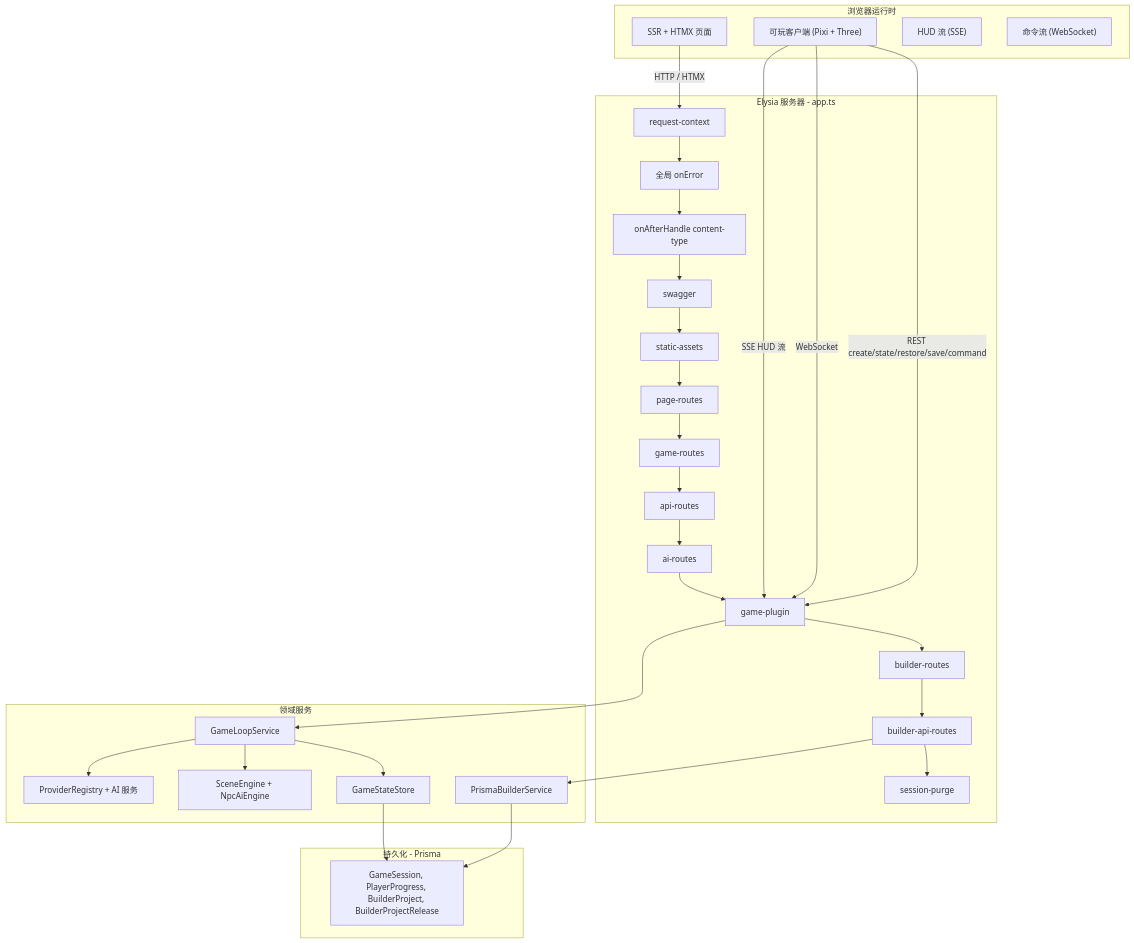
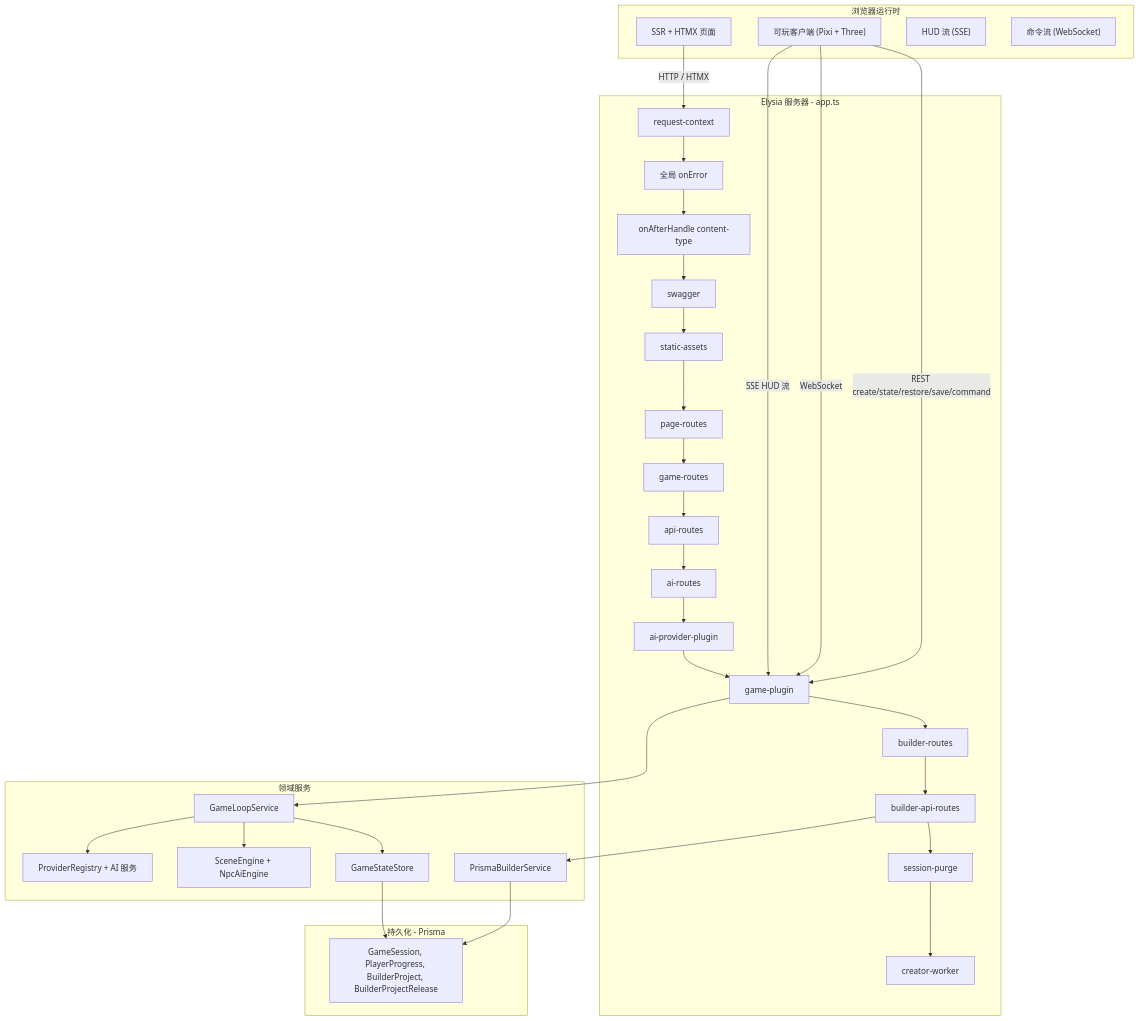
Before and after one commit to d4551/tea: the eighth of 13 diagrams in README.md, drawn with Mermaid. The commit also changed other lines of this file and 64 other files, not shown here.

Commit message:
docs: align architecture map and readme with domain-driven builder, new Prisma extension models, and lifecycle-managed polling plugins

````diff
--- a/README.md
+++ b/README.md
@@ -572,50 +664,52 @@
 ```mermaid
 graph TB
   subgraph Browser["浏览器运行时"]
     SSR["SSR + HTMX 页面"]
     CLIENT["可玩客户端 (Pixi + Three)"]
     SSEHUD["HUD 流 (SSE)"]
     WS["命令流 (WebSocket)"]
   end
 
   subgraph Elysia["Elysia 服务器 - app.ts"]
     RC["request-context"]
     EH["全局 onError"]
     CT["onAfterHandle content-type"]
     SW["swagger"]
     SA["static-assets"]
     PR["page-routes"]
     GR["game-routes"]
     AR["api-routes"]
     AIR["ai-routes"]
+    AIP["ai-provider-plugin"]
     GP["game-plugin"]
     BR["builder-routes"]
     BA["builder-api-routes"]
     SP["session-purge"]
+    CW["creator-worker"]
   end
 
   subgraph Domain["领域服务"]
     LOOP["GameLoopService"]
     STORE["GameStateStore"]
     SCENE["SceneEngine + NpcAiEngine"]
     BUILDER["PrismaBuilderService"]
     AI["ProviderRegistry + AI 服务"]
   end
 
   subgraph Storage["持久化 - Prisma"]
     DB["GameSession, PlayerProgress, BuilderProject, BuilderProjectRelease"]
   end
 
   SSR -->|HTTP / HTMX| RC
   CLIENT -->|REST create/state/restore/save/command| GP
   CLIENT -->|WebSocket| GP
   CLIENT -->|SSE HUD 流| GP
-  RC --> EH --> CT --> SW --> SA --> PR --> GR --> AR --> AIR --> GP --> BR --> BA --> SP
+  RC --> EH --> CT --> SW --> SA --> PR --> GR --> AR --> AIR --> AIP --> GP --> BR --> BA --> SP --> CW
   GP --> LOOP
   LOOP --> STORE
   LOOP --> SCENE
   LOOP --> AI
   STORE --> DB
   BA --> BUILDER
   BUILDER --> DB
 ```
````
